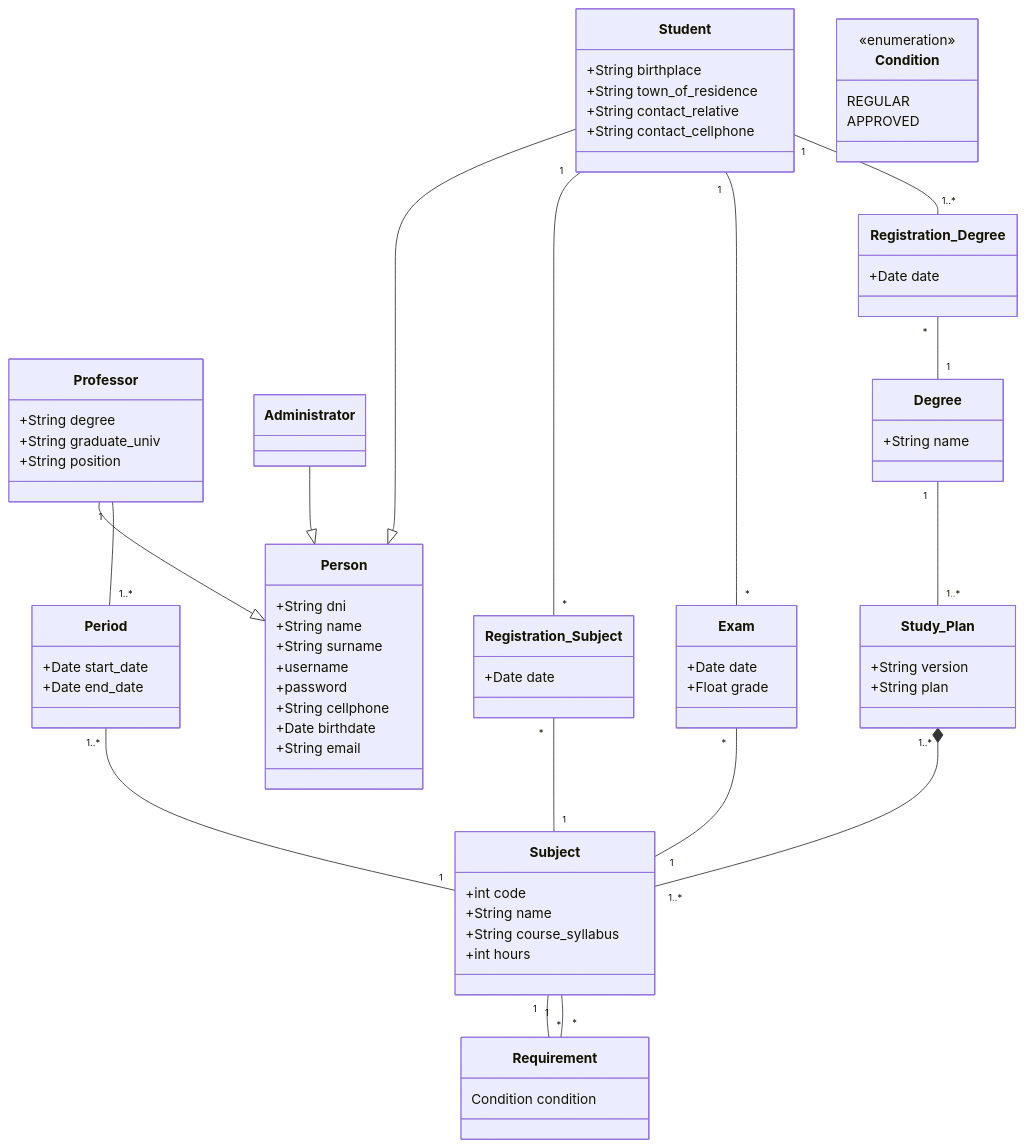
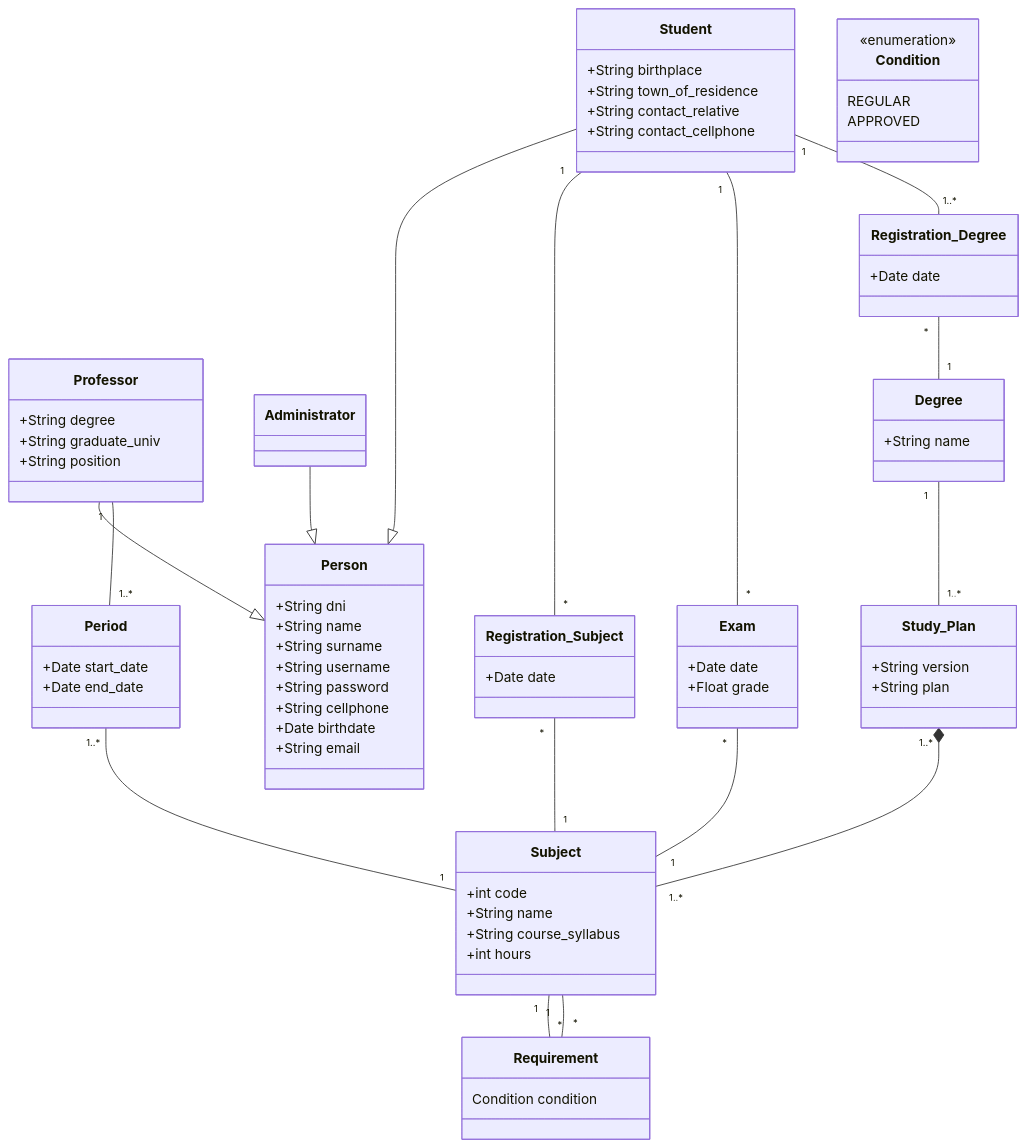
One commit to Ingenieria-Software-2/is2_2026_trabajo_integrador changed the diagram in Class_diagram.md. Above: the diagram before and after it, drawn with Mermaid. The commit also changed 20 other files, not shown here.

````diff
--- a/Class_diagram.md
+++ b/Class_diagram.md
@@ -1,11 +1,11 @@
-``` mermaid
+::: mermaid
 classDiagram
     class Person {
         +String dni
         +String name
         +String surname
-        +username
-        +password
+        +String username
+        +String password
         +String cellphone
         +Date birthdate
         +String email
@@ -86,4 +86,4 @@
     %% Student-Degree Relationship
     Student "1" -- "1..*" Registration_Degree
     Registration_Degree "*" -- "1" Degree
-```
+:::
````
